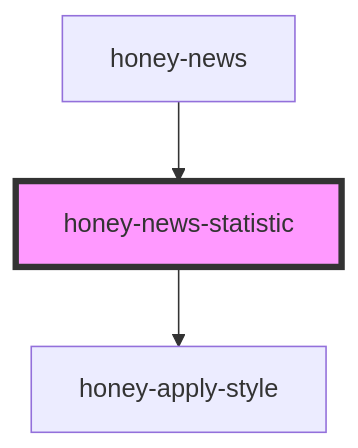
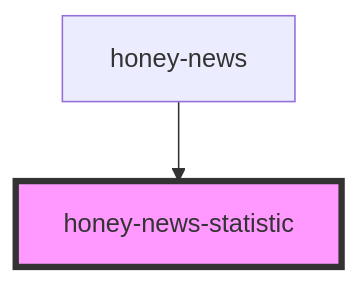
Before and after one commit to Huluvu424242/honey-news: the diagram in src/components/honey-news/statistic/readme.md, drawn with Mermaid. The commit also changed other lines of this file and 19 other files, not shown here.

````diff
--- a/src/components/honey-news/statistic/readme.md
+++ b/src/components/honey-news/statistic/readme.md
@@ -39,6 +35,5 @@
 ```mermaid
 graph TD;
-  honey-news-statistic --> honey-apply-style
   honey-news --> honey-news-statistic
   style honey-news-statistic fill:#f9f,stroke:#333,stroke-width:4px
 ```
````
